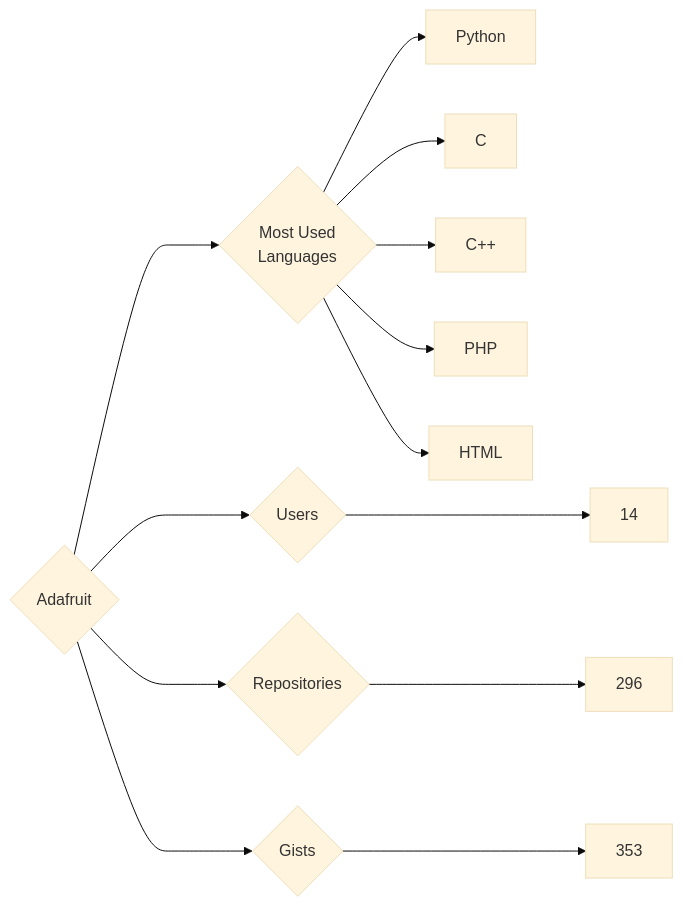
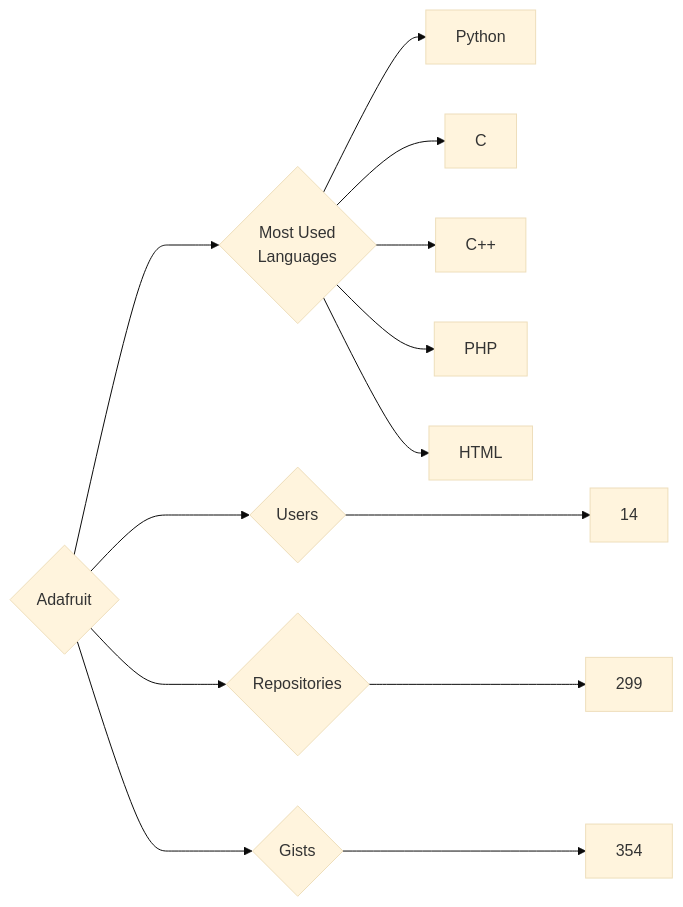
The diagram in targets/Adafruit/README.md (trickest/insiders), drawn with Mermaid (base theme) before and after one commit. The commit also changed 693 other files, not shown here.

````diff
--- a/targets/Adafruit/README.md
+++ b/targets/Adafruit/README.md
@@ -3,13 +3,13 @@
 ```mermaid
 graph LR
 COMPANY_NAME{Adafruit}
 COMPANY_NAME ---> U{Users} ---> UN[14]
-COMPANY_NAME ---> R{Repositories} ---> RN[296]
-COMPANY_NAME ---> G{Gists} ---> GN[353]
+COMPANY_NAME ---> R{Repositories} ---> RN[299]
+COMPANY_NAME ---> G{Gists} ---> GN[354]
 COMPANY_NAME ---> ML{Most Used<br>Languages}
 ML --> Python[Python]
 ML --> C[C]
 ML --> C++[C++]
 ML --> PHP[PHP]
 ML --> HTML[HTML]
 ```
````
